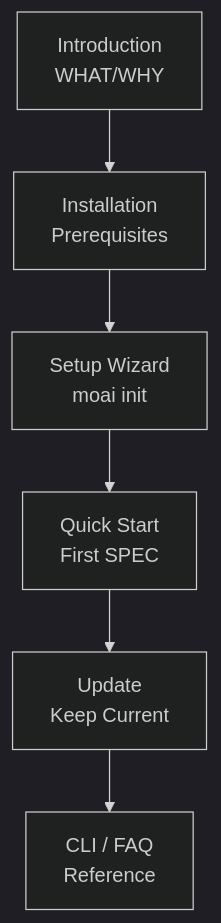
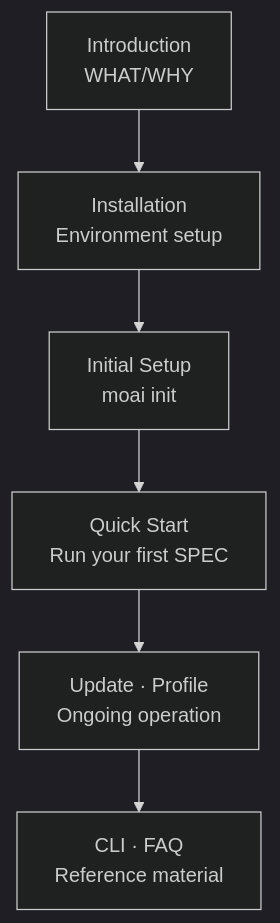
The diagram in docs-site/content/en/getting-started/_index.md (modu-ai/moai-adk), drawn with Mermaid (dark theme) before and after one commit. The commit also changed other lines of this file and 395 other files, not shown here.

````diff
--- a/docs-site/content/en/getting-started/_index.md
+++ b/docs-site/content/en/getting-started/_index.md
@@ -16,8 +16,8 @@
 ```mermaid
 flowchart TD
-    A["Introduction<br>WHAT/WHY"] --> B["Installation<br>Prerequisites"]
-    B --> C["Setup Wizard<br>moai init"]
-    C --> D["Quick Start<br>First SPEC"]
-    D --> E["Update<br>Keep Current"]
-    E --> F["CLI / FAQ<br>Reference"]
+    A["Introduction<br>WHAT/WHY"] --> B["Installation<br>Environment setup"]
+    B --> C["Initial Setup<br>moai init"]
+    C --> D["Quick Start<br>Run your first SPEC"]
+    D --> E["Update · Profile<br>Ongoing operation"]
+    E --> F["CLI · FAQ<br>Reference material"]
 ```
````
